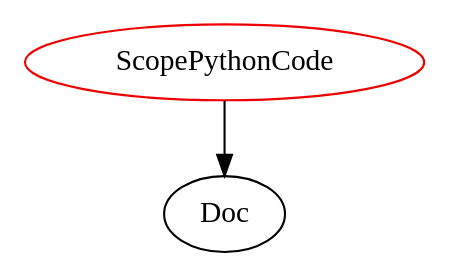
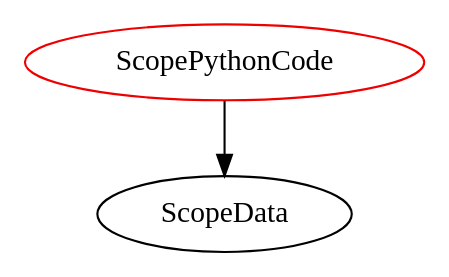
Before and after one commit to BilalM04/Drasil: the diagram in analysis/TypeDependencyGraphs/gool/ScopePythonCode.dot, drawn with Graphviz. The commit also changed 10664 other files, not shown here.

```diff
--- a/analysis/TypeDependencyGraphs/gool/ScopePythonCode.dot
+++ b/analysis/TypeDependencyGraphs/gool/ScopePythonCode.dot
@@ -1,4 +1,4 @@
 digraph scopepythoncode{
 ScopePythonCode	[shape=oval, color=red2, label="ScopePythonCode"];
-ScopePythonCode -> Doc;
+ScopePythonCode -> ScopeData;
 }
```
